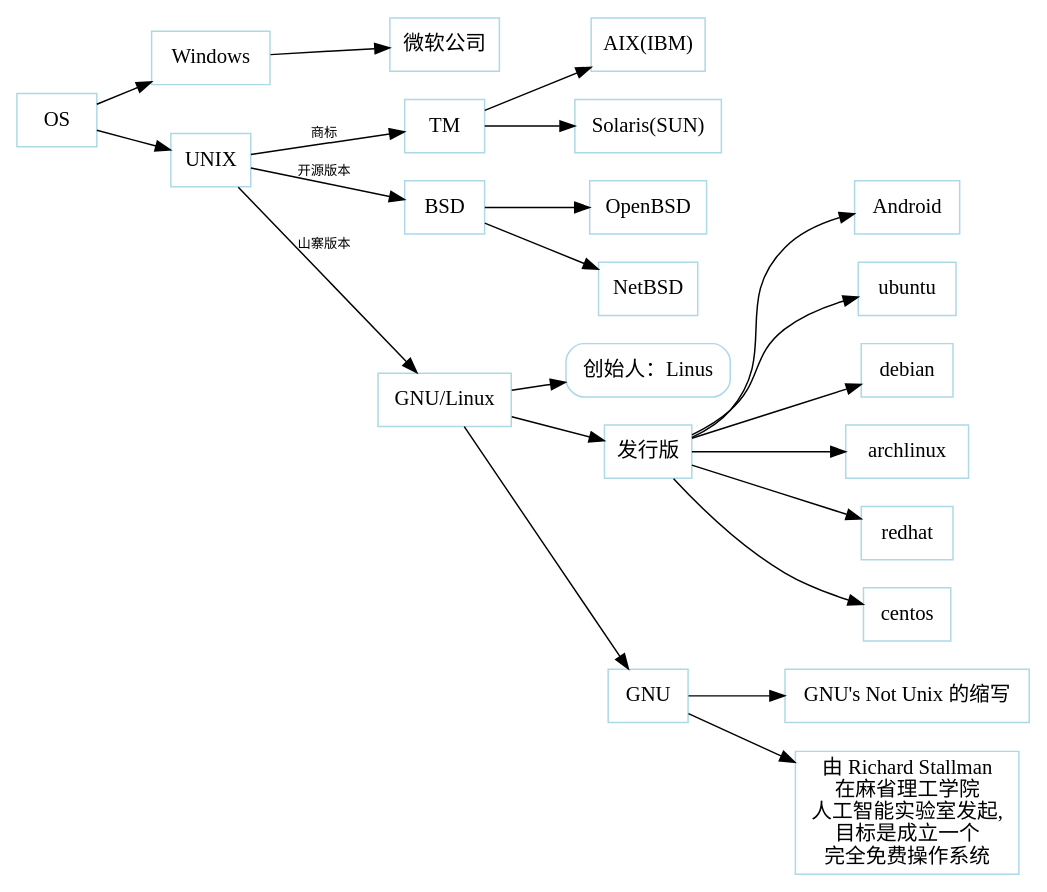
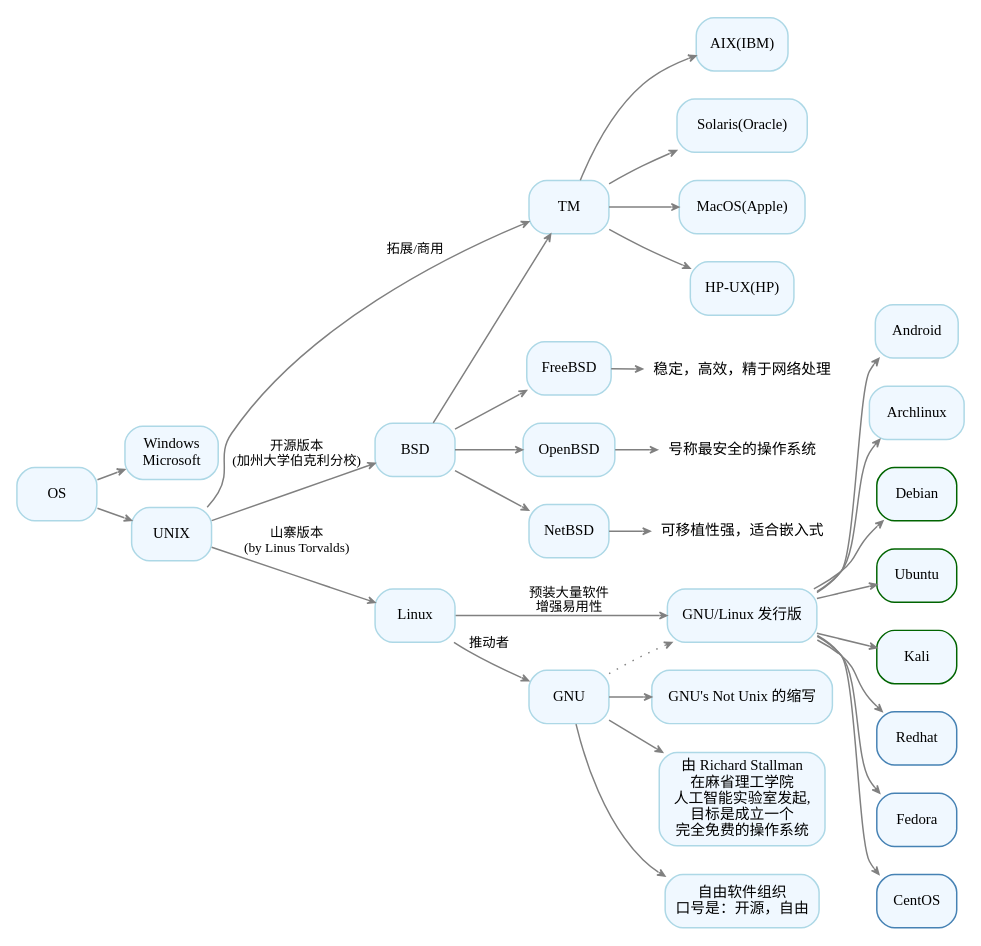
Before and after one commit to softwarelyz/note: the third of 3 diagrams in database-oracle.org, drawn with Graphviz. The commit also changed other lines of this file and 19 other files, not shown here.

```diff
--- a/database-oracle.org
+++ b/database-oracle.org
@@ -352,34 +483,41 @@
-#+BEGIN_SRC dot :file assets/dot/osess.png :export results
-  digraph oses {
-      rankdir=LR;
-      node [shape=record,color=lightblue,fontname=SimSun];
-      edge [fontname=SimSun,fontsize=9];
+#+BEGIN_SRC dot :file assets/dot/os_history.jpg :exports results
+  digraph os_history {
+      graph [rankdir=LR,ranksep=.25];
+      node [shape=Mrecord,color=lightblue,fontname=SimSun,fontsize=10,style=filled,fillcolor=aliceblue];
+      edge [fontname=SimSun,fontsize=9,color=grey,arrowhead=vee,arrowsize=.5];
 
-      OS -> { Windows, UNIX };
+      OS -> { Windows[label="Windows\nMicrosoft"]; UNIX };
+      
+      UNIX -> TM [label="拓展/商用",constraint=false];
+      UNIX -> BSD [label="开源版本\n(加州大学伯克利分校)"];
+      UNIX -> Linux[label="山寨版本\n(by Linus Torvalds)"];
 
-      Windows -> "微软公司";
+      BSD -> { TM, FreeBSD, OpenBSD, NetBSD };
+      TM -> { "AIX(IBM)", "Solaris(Oracle)", "MacOS(Apple)", "HP-UX(HP)" };
+
+      {
+          node [shape=plaintext,style=none];
+          FreeBSD_Desc [label="稳定，高效，精于网络处理"];
+          OpenBSD_Desc [label="号称最安全的操作系统"];
+          NetBSD_Desc  [label="可移植性强，适合嵌入式"];
+      }
+
+      FreeBSD -> FreeBSD_Desc;
+      OpenBSD -> OpenBSD_Desc;
+      NetBSD -> NetBSD_Desc;
+
+      linuxDist [label=" GNU/Linux 发行版 "];
       
-      UNIX -> TM [label="商标"];
+      Linux -> linuxDist [label="预装大量软件\n增强易用性"];
+      linuxDist -> { Android; Archlinux; }
+      linuxDist -> { node[color=darkgreen]; Debian; Ubuntu; Kali; }
+      linuxDist -> { node[color=steelblue]; Redhat; Fedora; CentOS; };
+      Linux -> GNU [label="推动者"];
+      GNU -> linuxDist [style=dotted];
+      GNU -> { "GNU's Not Unix 的缩写",
+               "由 Richard Stallman\n在麻省理工学院\n人工智能实验室发起,\n目标是成立一个\n完全免费的操作系统",
+               "自由软件组织\n口号是：开源，自由" };
 
-      UNIX -> BSD [label="开源版本"];
-
-      UNIX -> Linux[label="山寨版本"];
-
-      TM -> { "AIX(IBM)", "Solaris(SUN)" };
-
-      BSD -> { OpenBSD, NetBSD };
-
-      Linux[label="GNU/Linux"];
-
-      Linux -> { linuxDesc, "发行版", GNU };
-
-      linuxDesc [label=" 创始人：Linus", shape=Mrecord];
-
-      "发行版" -> { Android, ubuntu, debian, archlinux, redhat, centos };
-
-      GNU -> "GNU's Not Unix 的缩写";
-
-      GNU -> "由 Richard Stallman\n在麻省理工学院\n人工智能实验室发起,\n目标是成立一个\n完全免费操作系统";
   }
       
 #+END_SRC
```
